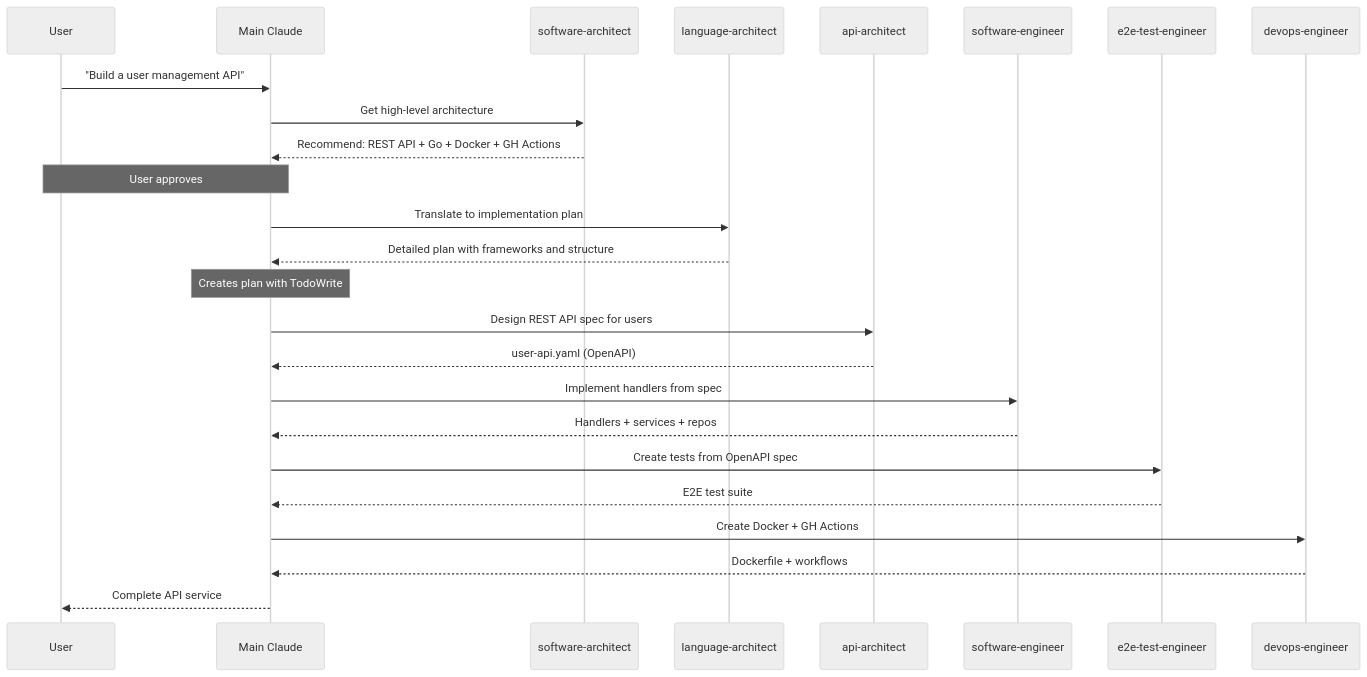
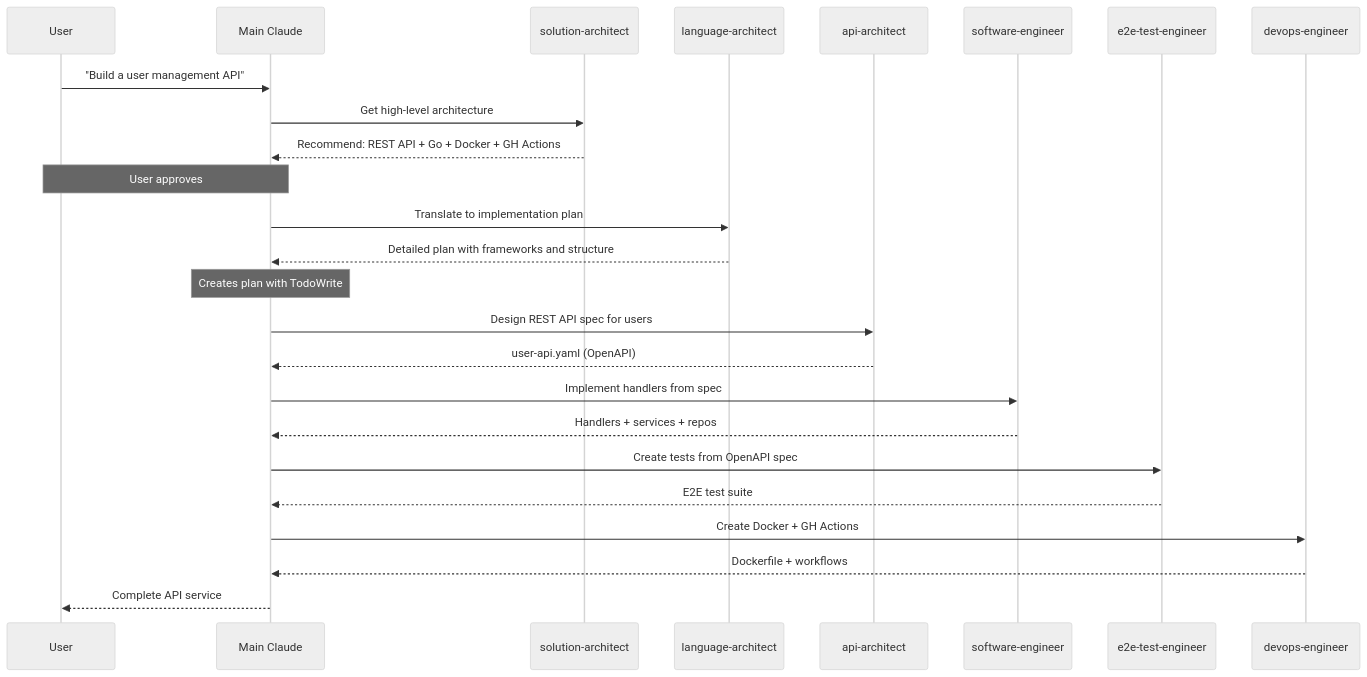
The third of 10 diagrams in agents/ABOUT-THE-AGENTS.md (twistingmercury/claude-code-setup), drawn with Mermaid (neutral theme) before and after one commit. The commit also changed other lines of this file and 20 other files, not shown here.

````diff
--- a/agents/ABOUT-THE-AGENTS.md
+++ b/agents/ABOUT-THE-AGENTS.md
@@ -382,37 +132,37 @@
 ```mermaid
 sequenceDiagram
 participant User
 participant Main as Main Claude
-participant SoftArch as software-architect
+participant SoftArch as solution-architect
 participant LangArch as language-architect
 participant APIArch as api-architect
 participant Eng as software-engineer
 participant E2E as e2e-test-engineer
 participant DevOps as devops-engineer
 
     User->>Main: "Build a user management API"
     Main->>SoftArch: Get high-level architecture
     SoftArch-->>Main: Recommend: REST API + Go + Docker + GH Actions
 
     Note over User,Main: User approves
 
     Main->>LangArch: Translate to implementation plan
     LangArch-->>Main: Detailed plan with frameworks and structure
 
     Note over Main: Creates plan with TodoWrite
 
     Main->>APIArch: Design REST API spec for users
     APIArch-->>Main: user-api.yaml (OpenAPI)
 
     Main->>Eng: Implement handlers from spec
     Eng-->>Main: Handlers + services + repos
 
     Main->>E2E: Create tests from OpenAPI spec
     E2E-->>Main: E2E test suite
 
     Main->>DevOps: Create Docker + GH Actions
     DevOps-->>Main: Dockerfile + workflows
 
     Main-->>User: Complete API service
 
 ```
````
